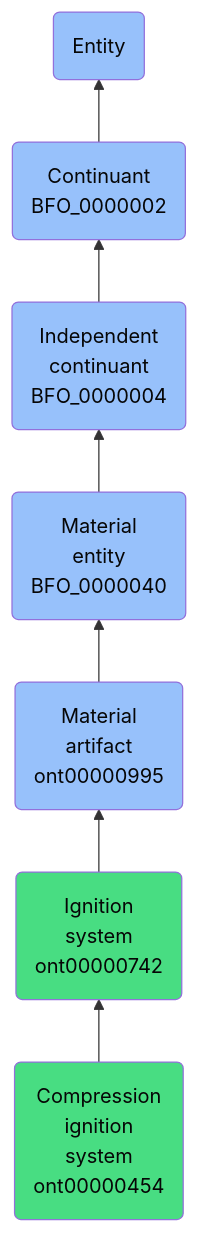
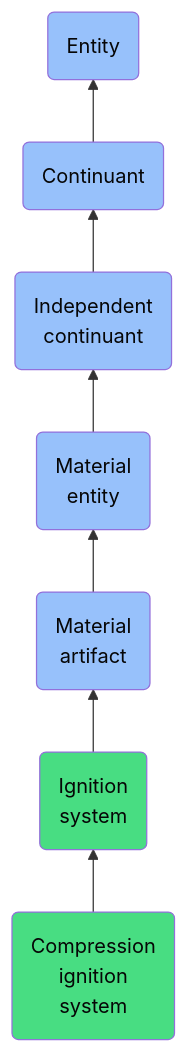
Before and after one commit to jupyter-naas/abi: the diagram in docs/ontology/reference/model/Entity/Continuant/Independent continuant/Material entity/Material artifact/Ignition system/Compression ignition system/Compression ignition system.md, drawn with Mermaid. The commit also changed other lines of this file and 1430 other files, not shown here.

````diff
--- a/docs/ontology/reference/model/Entity/Continuant/Independent continuant/Material entity/Material artifact/Ignition system/Compression ignition system/Compression ignition system.md
+++ b/docs/ontology/reference/model/Entity/Continuant/Independent continuant/Material entity/Material artifact/Ignition system/Compression ignition system/Compression ignition system.md
@@ -24,14 +24,14 @@
 ```mermaid
 graph BT
-    ont00000454(Compression<br>ignition<br>system<br>ont00000454):::ABI-->ont00000742
-    ont00000742(Ignition<br>system<br>ont00000742):::ABI-->ont00000995
-    ont00000995(Material<br>artifact<br>ont00000995):::BFO-->BFO_0000040
-    BFO_0000040(Material<br>entity<br>BFO_0000040):::BFO-->BFO_0000004
-    BFO_0000004(Independent<br>continuant<br>BFO_0000004):::BFO-->BFO_0000002
-    BFO_0000002(Continuant<br>BFO_0000002):::BFO-->BFO_0000001
+    ont00000454(Compression<br>ignition<br>system):::ABI-->ont00000742
+    ont00000742(Ignition<br>system):::ABI-->ont00000995
+    ont00000995(Material<br>artifact):::BFO-->BFO_0000040
+    BFO_0000040(Material<br>entity):::BFO-->BFO_0000004
+    BFO_0000004(Independent<br>continuant):::BFO-->BFO_0000002
+    BFO_0000002(Continuant):::BFO-->BFO_0000001
     BFO_0000001(Entity):::BFO
     
     classDef BFO fill:#97c1fb,color:#060606
     classDef CCO fill:#e4c51e,color:#060606
     classDef ABI fill:#48DD82,color:#060606
 ```
````
